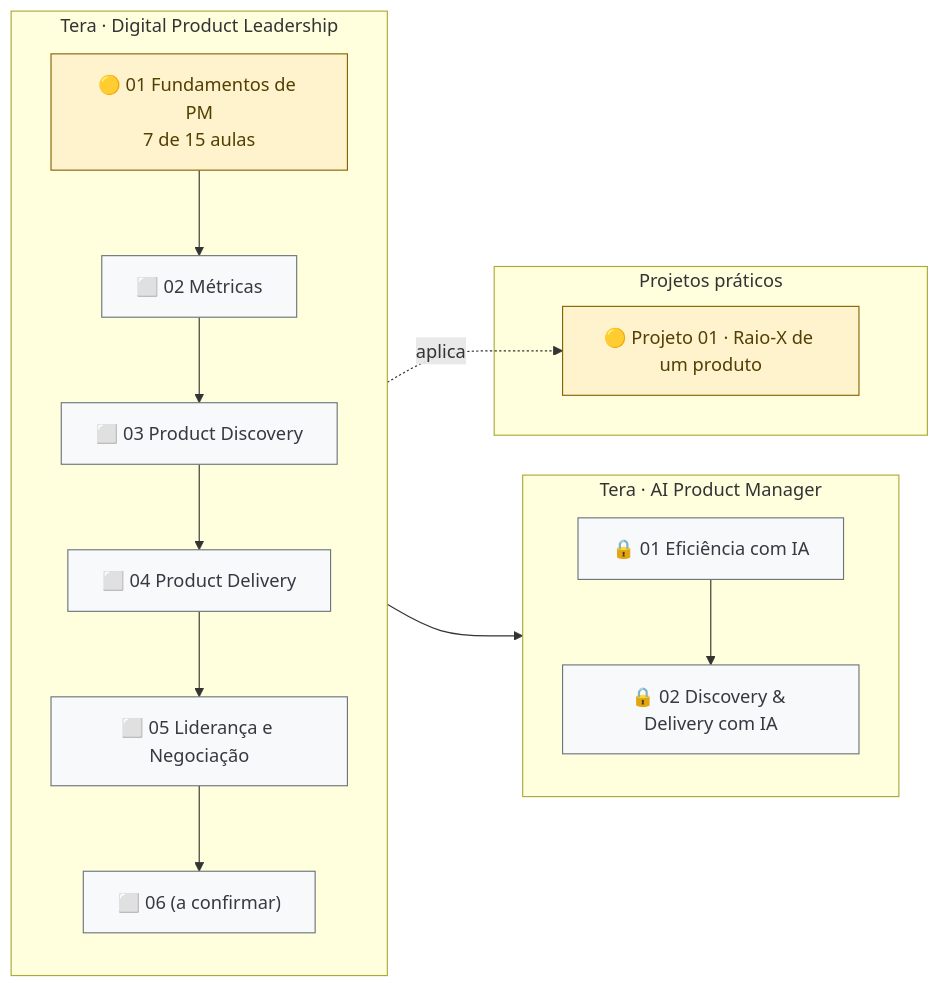
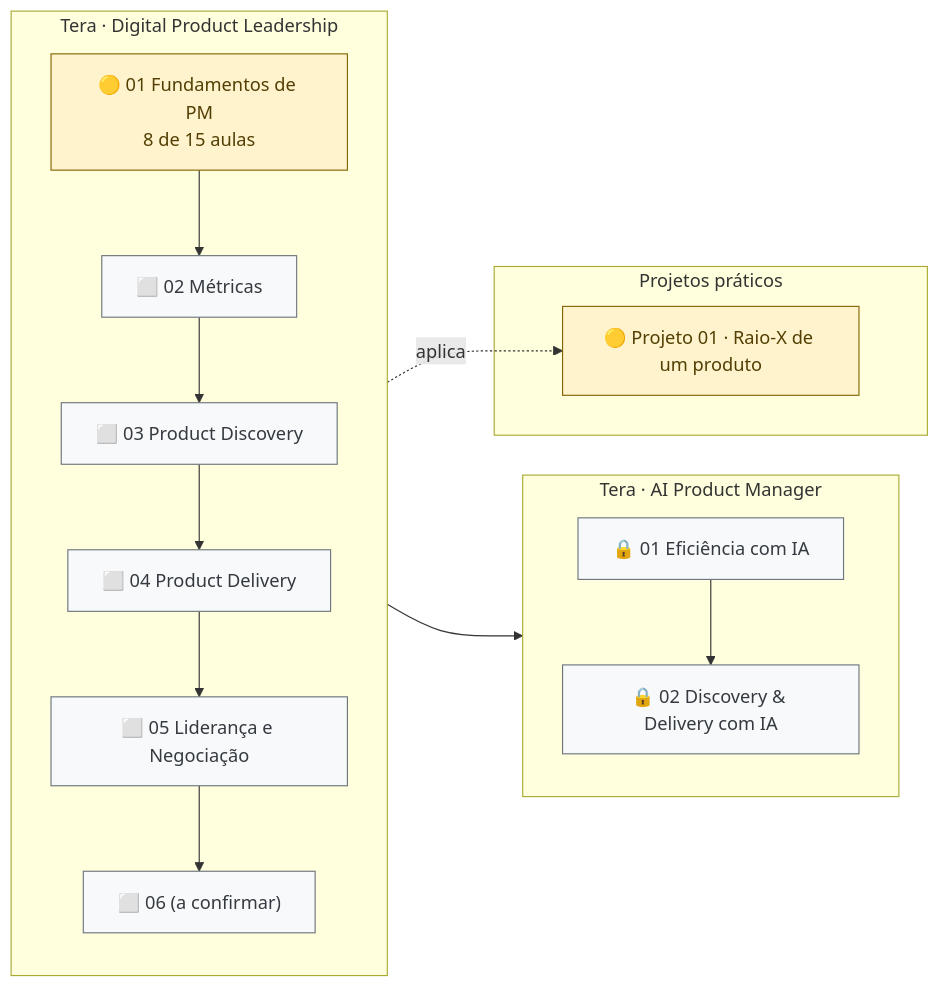
The first of 2 diagrams in mapa-de-estudos.md (letsprown-code/po-learning-journal), drawn with Mermaid before and after one commit. The commit also changed other lines of this file and 6 other files, not shown here.

```diff
--- a/mapa-de-estudos.md
+++ b/mapa-de-estudos.md
@@ -10,29 +10,29 @@
 ~~~mermaid
 flowchart LR
     subgraph DPL[Tera · Digital Product Leadership]
       direction TB
-      M1["🟡 01 Fundamentos de PM<br/>7 de 15 aulas"]
+      M1["🟡 01 Fundamentos de PM<br/>8 de 15 aulas"]
       M2["⬜ 02 Métricas"]
       M3["⬜ 03 Product Discovery"]
       M4["⬜ 04 Product Delivery"]
       M5["⬜ 05 Liderança e Negociação"]
       M6["⬜ 06 (a confirmar)"]
       M1 --> M2 --> M3 --> M4 --> M5 --> M6
     end
     subgraph AIPM[Tera · AI Product Manager]
       direction TB
       A1["🔒 01 Eficiência com IA"]
       A2["🔒 02 Discovery & Delivery com IA"]
       A1 --> A2
     end
     M6 --> A1
     subgraph PROJ[Projetos práticos]
       P1["🟡 Projeto 01 · Raio-X de um produto"]
     end
     M1 -.aplica.-> P1
     classDef done fill:#d4edda,stroke:#155724,color:#155724
     classDef doing fill:#fff3cd,stroke:#856404,color:#533f03
     classDef todo fill:#f8f9fa,stroke:#6c757d,color:#343a40
     class M1,P1 doing
     class M2,M3,M4,M5,M6,A1,A2 todo
 ~~~
```
